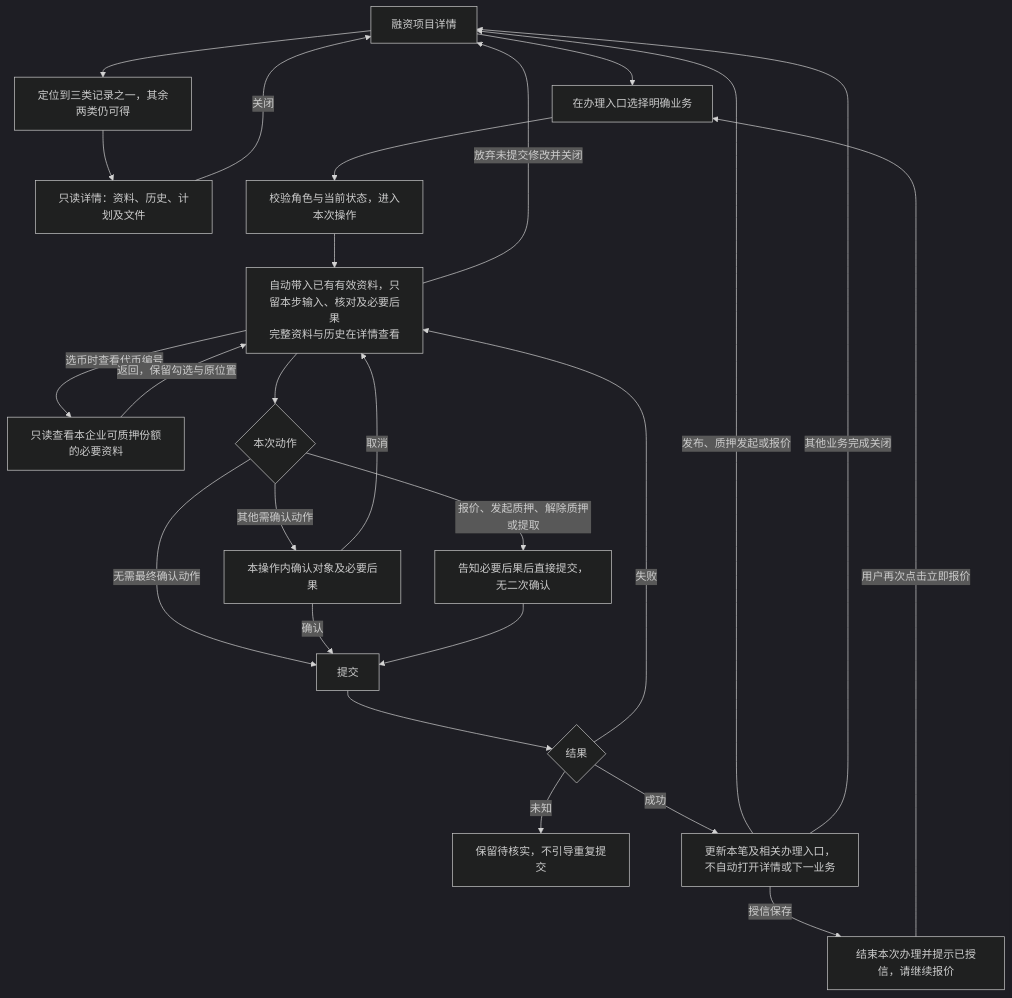
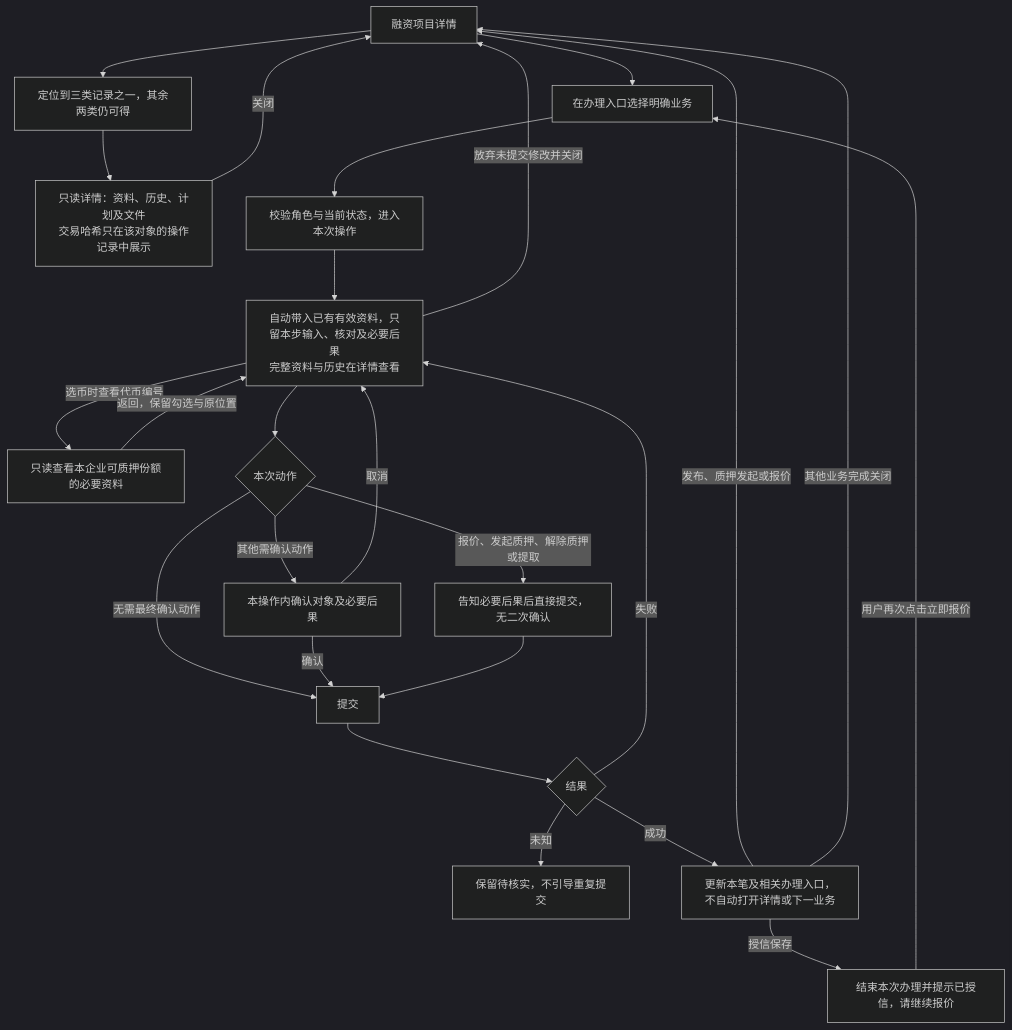
The seventh of 10 diagrams in lending-platform/PRD/面客端/05-借贷广场-融资需求与代币质押/02-融资需求与代币质押-流程图与状态机.md (wxblockchain/Chain-Financing), drawn with Mermaid (dark theme) before and after one commit. The commit also changed other lines of this file and 2 other files, not shown here.

Commit message:
prd(WS-446): show detail-page tx hashes only in operation records
Each on-chain object's detail now has one operation record as the only place
for its tx hashes: the financing application record also carries the funder
approval and the on-chain disbursement; the token detail merges on-chain facts
and per-token history. The pledge list, quotes and disbursement record no longer
repeat hashes, and the token detail no longer repeats the staking contract.

````diff
--- a/lending-platform/PRD/面客端/05-借贷广场-融资需求与代币质押/02-融资需求与代币质押-流程图与状态机.md
+++ b/lending-platform/PRD/面客端/05-借贷广场-融资需求与代币质押/02-融资需求与代币质押-流程图与状态机.md
@@ -199,27 +199,27 @@
 ```mermaid
 flowchart TD
   A[融资项目详情] --> B[定位到三类记录之一，其余两类仍可得]
-  B --> C[只读详情：资料、历史、计划及文件]
+  B --> C[只读详情：资料、历史、计划及文件<br/>交易哈希只在该对象的操作记录中展示]
   C -->|关闭| A
   A --> D[在办理入口选择明确业务]
   D --> E[校验角色与当前状态，进入本次操作]
   E --> F[自动带入已有有效资料，只留本步输入、核对及必要后果<br/>完整资料与历史在详情查看]
   F -->|选币时查看代币编号| R[只读查看本企业可质押份额的必要资料]
   R -->|返回，保留勾选与原位置| F
   F --> G{本次动作}
   G -->|报价、发起质押、解除质押或提取| H[告知必要后果后直接提交，无二次确认]
   G -->|其他需确认动作| I[本操作内确认对象及必要后果]
   G -->|无需最终确认动作| J[提交]
   I -->|确认| J
   I -->|取消| F
   H --> J
   J --> K{结果}
   K -->|失败| F
   K -->|未知| U[保留待核实，不引导重复提交]
   K -->|成功| V[更新本笔及相关办理入口，不自动打开详情或下一业务]
   V -->|授信保存| T[结束本次办理并提示已授信，请继续报价]
   T -->|用户再次点击立即报价| D
   V -->|发布、质押发起或报价| A
   V -->|其他业务完成关闭| A
   F -->|放弃未提交修改并关闭| A
 ```
````
